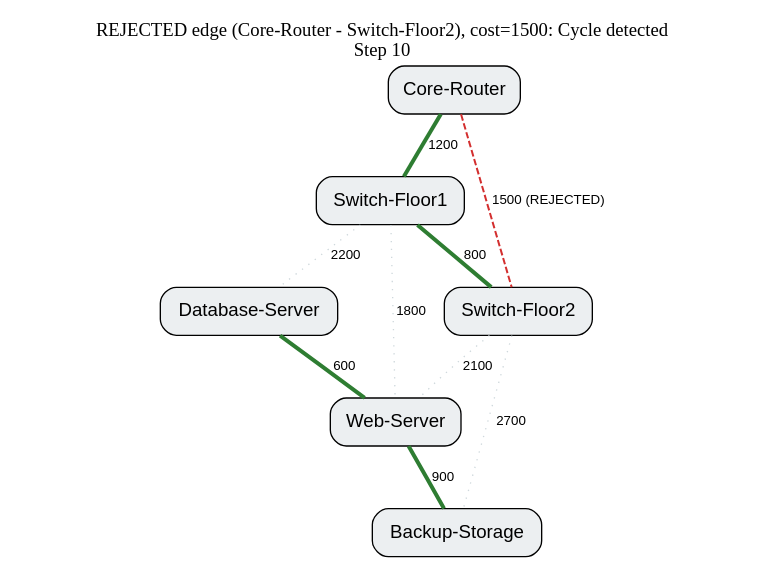
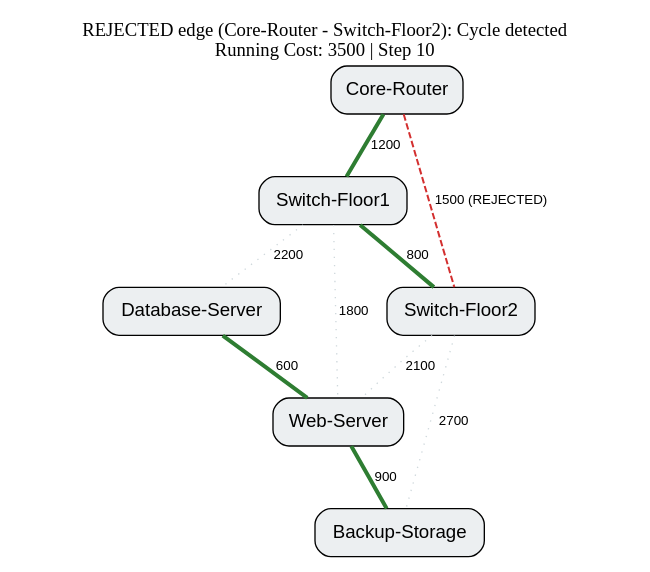
Before and after one commit to bariiqmalik/netopt: the diagram in docs/results/replay_frames/frame_010.dot, drawn with Graphviz. The commit also changed 64 other files, not shown here.

Commit message:
fix(replay): self-contained rendered HTML with graceful Graphviz fallback

```diff
--- a/docs/results/replay_frames/frame_010.dot
+++ b/docs/results/replay_frames/frame_010.dot
@@ -1,23 +1,23 @@
 graph Frame {
-  label="REJECTED edge (Core-Router - Switch-Floor2), cost=1500: Cycle detected\nStep 10";
+  label="REJECTED edge (Core-Router - Switch-Floor2): Cycle detected\nRunning Cost: 3500 | Step 10";
   labelloc="t";
   node [shape=box, style="filled,rounded", fillcolor="#ECEFF1", fontname="Helvetica"];
   edge [fontname="Helvetica", fontsize=10];
 
   1 [label="Core-Router"];
   2 [label="Switch-Floor1"];
   3 [label="Switch-Floor2"];
   4 [label="Database-Server"];
   5 [label="Web-Server"];
   6 [label="Backup-Storage"];
 
   1 -- 2 [label="1200", color="#2E7D32", penwidth=3.0];
   1 -- 3 [label="1500 (REJECTED)", color="#D32F2F", penwidth=1.5, style="dashed"];
   2 -- 3 [label="800", color="#2E7D32", penwidth=3.0];
   2 -- 4 [label="2200", color="#CFD8DC", style="dotted"];
   2 -- 5 [label="1800", color="#CFD8DC", style="dotted"];
   3 -- 5 [label="2100", color="#CFD8DC", style="dotted"];
   3 -- 6 [label="2700", color="#CFD8DC", style="dotted"];
   4 -- 5 [label="600", color="#2E7D32", penwidth=3.0];
   5 -- 6 [label="900", color="#2E7D32", penwidth=3.0];
 }
```
